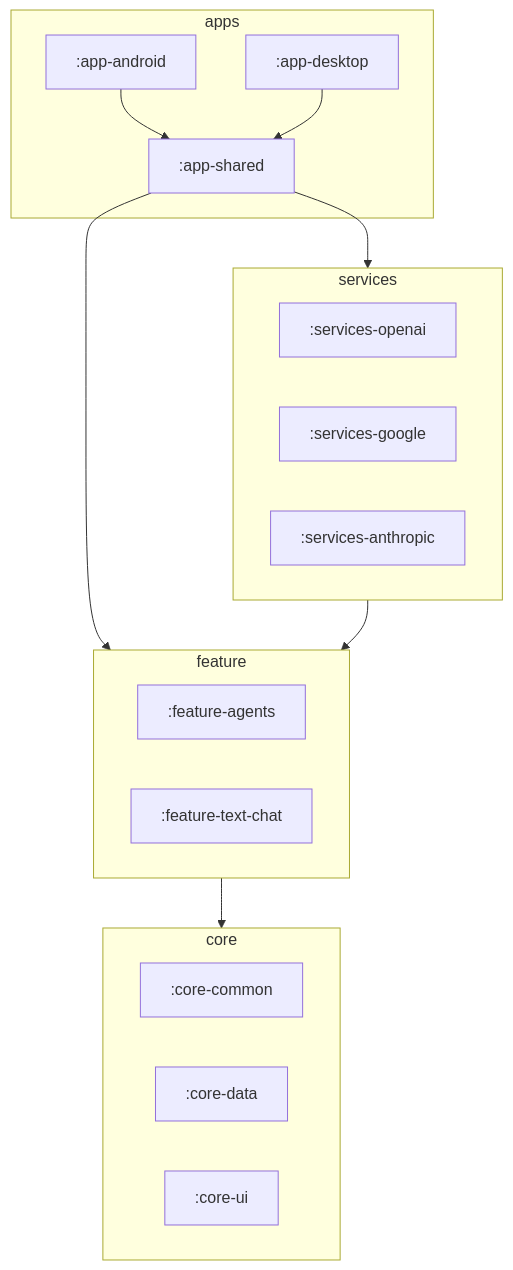
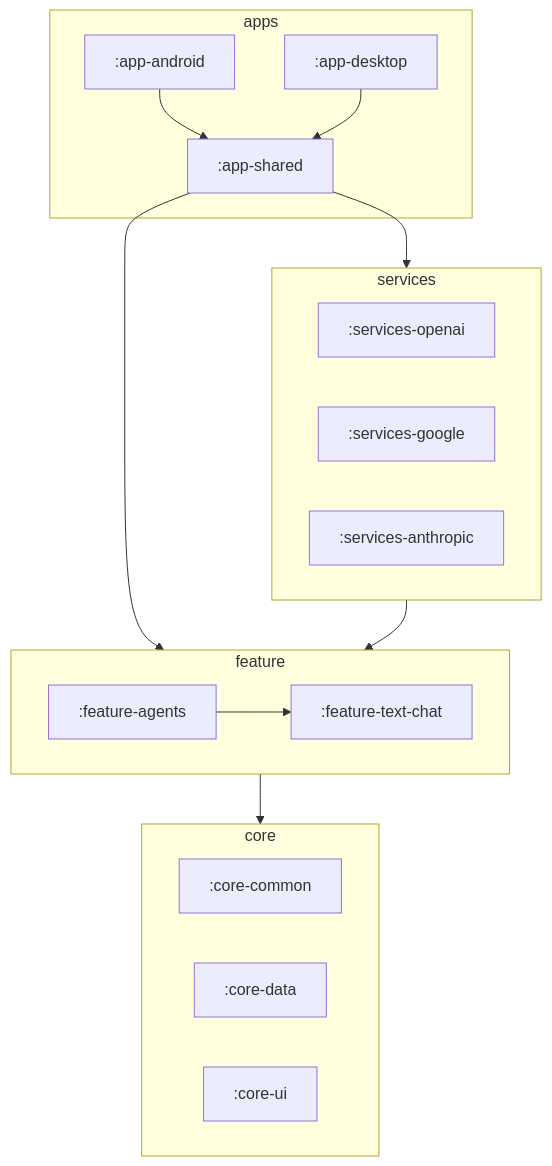
The diagram in README.md (Pointyware/Ember), drawn with Mermaid before and after one commit.

Commit message:
add inter-feature dependency

````diff
--- a/README.md
+++ b/README.md
@@ -48,29 +48,31 @@
 ```mermaid
 
 graph
     subgraph apps
     :app-android --> :app-shared
     :app-desktop --> :app-shared
     end
 
     subgraph services
     :services-openai
     :services-google
     :services-anthropic
     end
     :app-shared --> services
 
     subgraph feature
     :feature-agents
     :feature-text-chat
+
+    :feature-agents --> :feature-text-chat
     end
     :app-shared --> feature
     services --> feature
 
     subgraph core
     :core-common
     :core-data
     :core-ui
     end
     feature --> core
 ```
````
